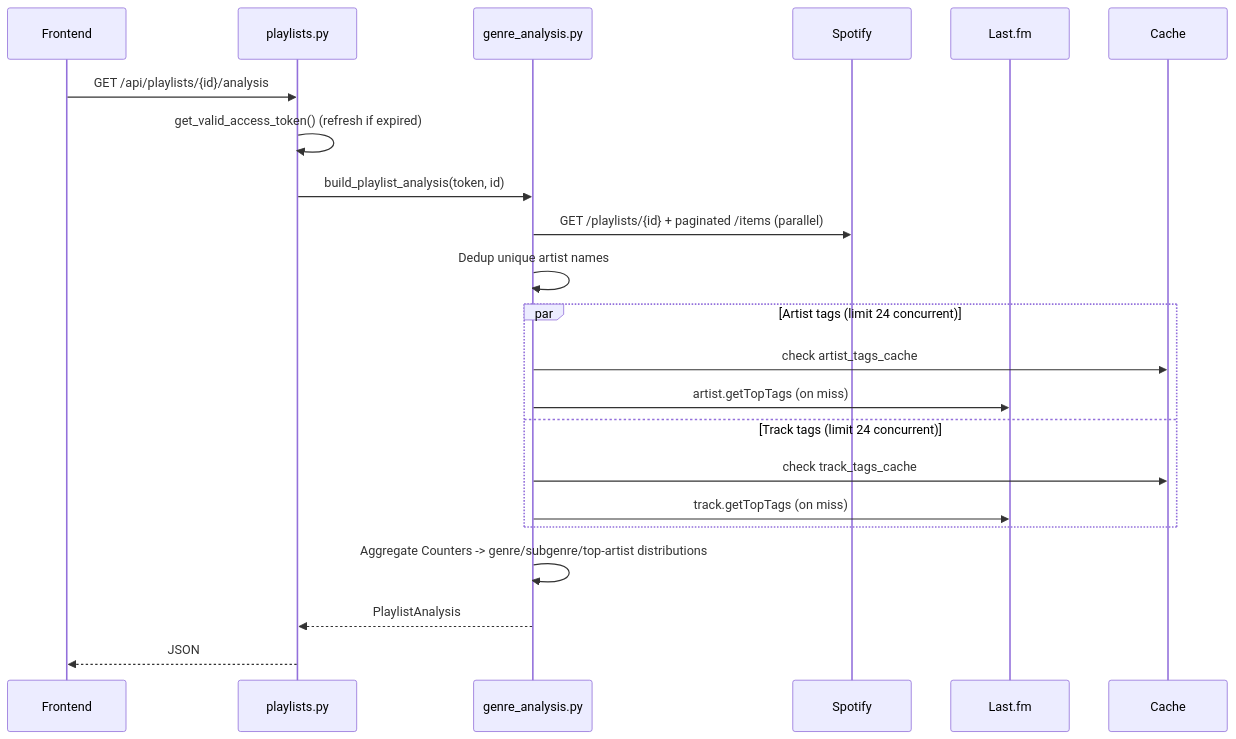
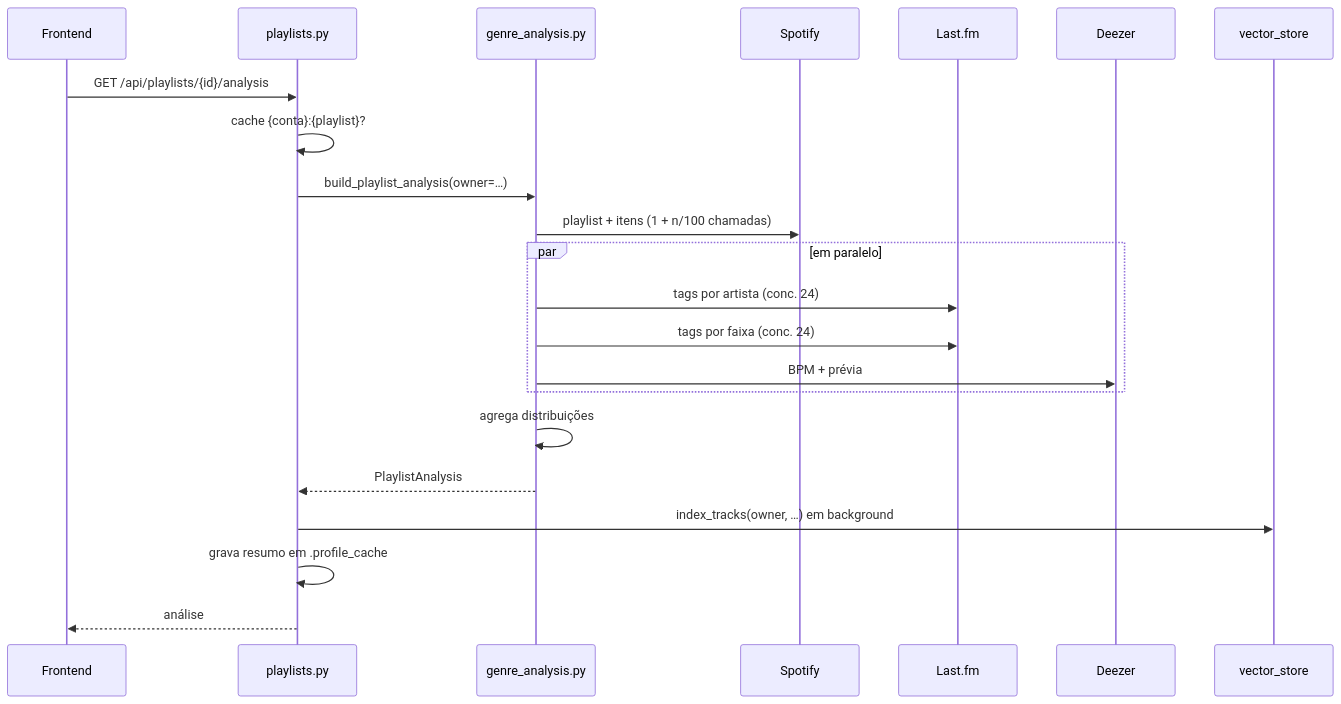
The third of 4 diagrams in docs/CODEBASE_MAP.md (HuananCanova/playlist-classifier), drawn with Mermaid before and after one commit. The commit also changed other lines of this file, not shown here.

````diff
--- a/docs/CODEBASE_MAP.md
+++ b/docs/CODEBASE_MAP.md
@@ -331,25 +331,25 @@
 ```mermaid
 sequenceDiagram
-    participant Frontend
-    participant Backend as playlists.py
-    participant Genre as genre_analysis.py
-    participant Spotify
-    participant LastFM as Last.fm
-    participant Cache
+    participant F as Frontend
+    participant P as playlists.py
+    participant G as genre_analysis.py
+    participant S as Spotify
+    participant L as Last.fm
+    participant D as Deezer
+    participant V as vector_store
 
-    Frontend->>Backend: GET /api/playlists/{id}/analysis
-    Backend->>Backend: get_valid_access_token() (refresh if expired)
-    Backend->>Genre: build_playlist_analysis(token, id)
-    Genre->>Spotify: GET /playlists/{id} + paginated /items (parallel)
-    Genre->>Genre: Dedup unique artist names
-    par Artist tags (limit 24 concurrent)
-        Genre->>Cache: check artist_tags_cache
-        Genre->>LastFM: artist.getTopTags (on miss)
-    and Track tags (limit 24 concurrent)
-        Genre->>Cache: check track_tags_cache
-        Genre->>LastFM: track.getTopTags (on miss)
+    F->>P: GET /api/playlists/{id}/analysis
+    P->>P: cache {conta}:{playlist}?
+    P->>G: build_playlist_analysis(owner=…)
+    G->>S: playlist + itens (1 + n/100 chamadas)
+    par em paralelo
+        G->>L: tags por artista (conc. 24)
+        G->>L: tags por faixa (conc. 24)
+        G->>D: BPM + prévia
     end
-    Genre->>Genre: Aggregate Counters -> genre/subgenre/top-artist distributions
-    Genre-->>Backend: PlaylistAnalysis
-    Backend-->>Frontend: JSON
+    G->>G: agrega distribuições
+    G-->>P: PlaylistAnalysis
+    P->>V: index_tracks(owner, …) em background
+    P->>P: grava resumo em .profile_cache
+    P-->>F: análise
 ```
````
